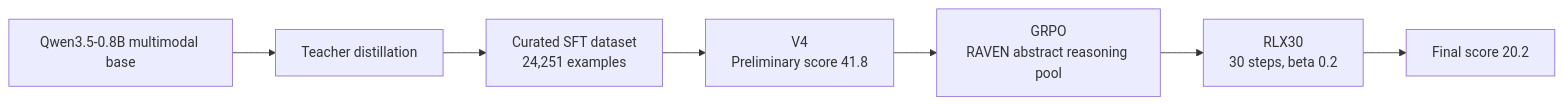
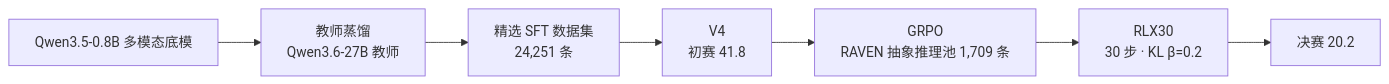
Before and after one commit to qiuy-ue/qwen-multimodal-reasoning-2026: the diagram in README.md, drawn with Mermaid. The commit also changed other lines of this file and 1 other file, not shown here.

````diff
--- a/README.md
+++ b/README.md
@@ -27,9 +47,9 @@
 ```mermaid
 flowchart LR
-    A[Qwen3.5-0.8B multimodal base] --> B[Teacher distillation]
-    B --> C[Curated SFT dataset\n24,251 examples]
-    C --> D[V4\nPreliminary score 41.8]
-    D --> E[GRPO\nRAVEN abstract reasoning pool]
-    E --> F[RLX30\n30 steps, beta 0.2]
-    F --> G[Final score 20.2]
+    A[Qwen3.5-0.8B 多模态底模] --> B[教师蒸馏<br/>Qwen3.6-27B 教师]
+    B --> C[精选 SFT 数据集<br/>24,251 条]
+    C --> D[V4<br/>初赛 41.8]
+    D --> E[GRPO<br/>RAVEN 抽象推理池 1,709 条]
+    E --> F[RLX30<br/>30 步 · KL β=0.2]
+    F --> G[决赛 20.2]
 ```
````
